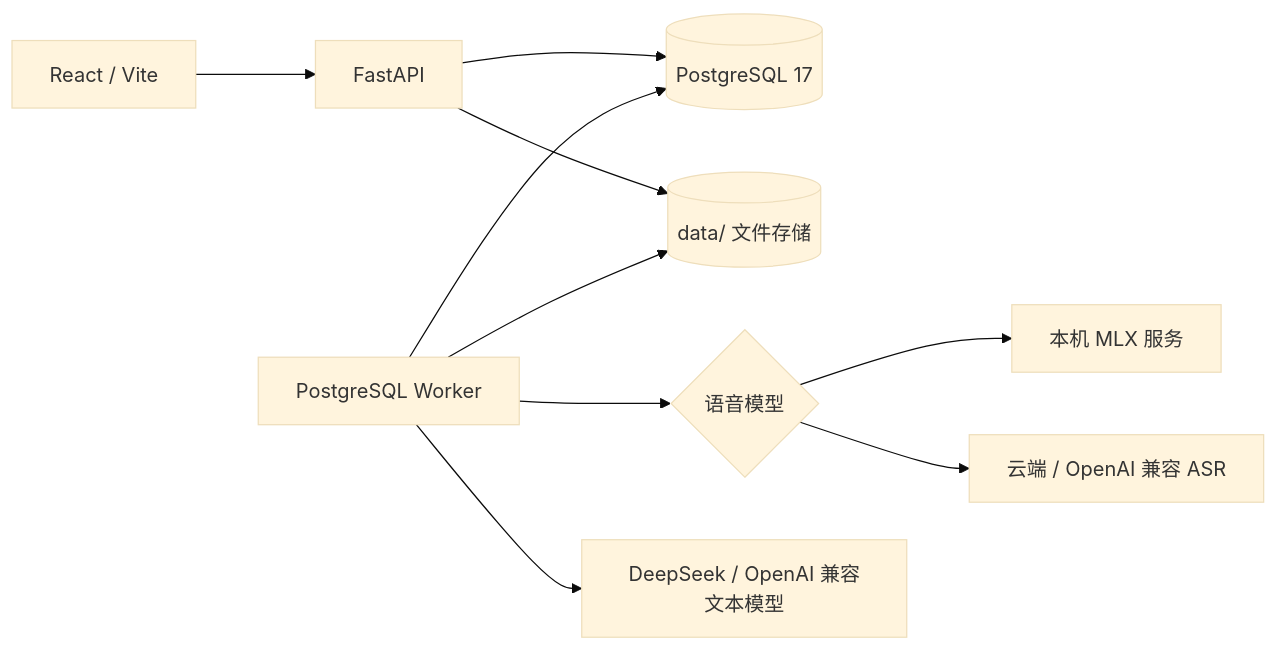
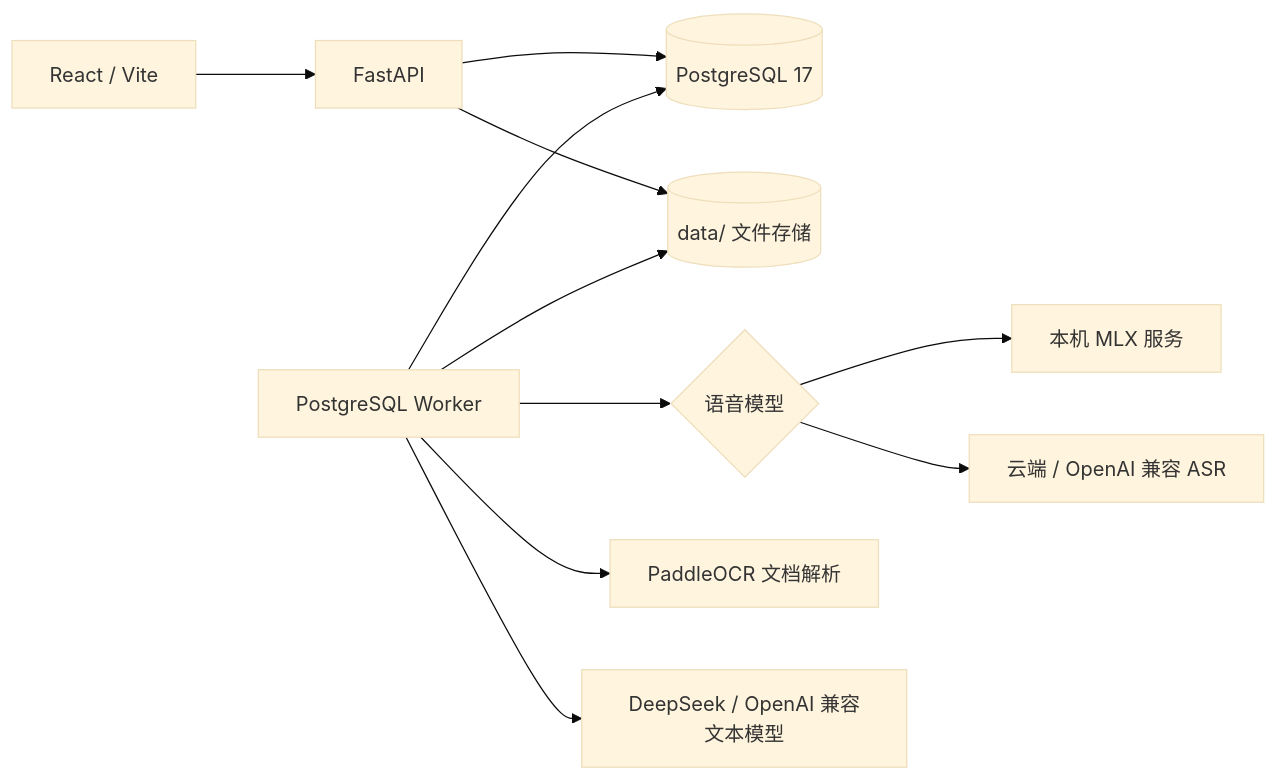
One commit to zhouhanx/lc-asr-pipeline changed the diagram in README.md. Above: the diagram before and after it, drawn with Mermaid (base theme). The commit also changed other lines of this file and 61 other files, not shown here.

````diff
--- a/README.md
+++ b/README.md
@@ -26,12 +29,13 @@
 ```mermaid
 flowchart LR
     Browser[React / Vite] --> API[FastAPI]
     API --> PG[(PostgreSQL 17)]
     API --> Files[(data/ 文件存储)]
     Worker[PostgreSQL Worker] --> PG
     Worker --> Files
     Worker --> Speech{语音模型}
     Speech --> MLX[本机 MLX 服务]
     Speech --> CloudASR[云端 / OpenAI 兼容 ASR]
+    Worker --> OCR[PaddleOCR 文档解析]
     Worker --> Text[DeepSeek / OpenAI 兼容文本模型]
 ```
````
